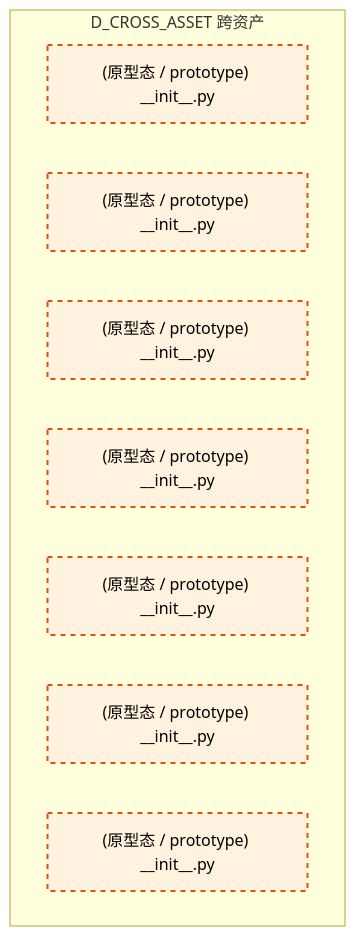
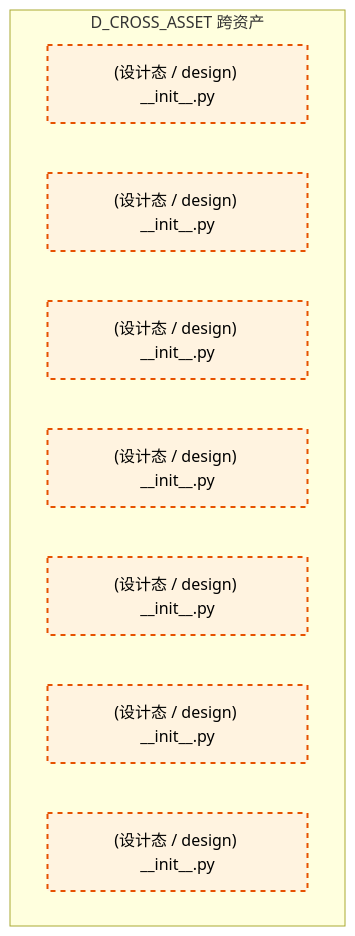
The third of 3 diagrams in docs/02_enterprise_architecture/02_domain_architecture_docs/31_d_cross_asset.md (xuanFelixVan/ZephyrAlpha), drawn with Mermaid before and after one commit. The commit also changed other lines of this file and 177 other files, not shown here.

````diff
--- a/docs/02_enterprise_architecture/02_domain_architecture_docs/31_d_cross_asset.md
+++ b/docs/02_enterprise_architecture/02_domain_architecture_docs/31_d_cross_asset.md
@@ -115,17 +114,17 @@
 ```mermaid
 graph TD
     subgraph D_CROSS_ASSET["D_CROSS_ASSET 跨资产"]
-        src_zephyr_cross_asset_init_py["(原型态 / prototype) __init__.py"]
-        src_zephyr_cross_asset_extensions_init_py["(原型态 / prototype) __init__.py"]
-        src_zephyr_cross_asset_api_init_py["(原型态 / prototype) __init__.py"]
-        src_zephyr_cross_asset_core_init_py["(原型态 / prototype) __init__.py"]
-        src_zephyr_cross_asset_infrastructure_init_py["(原型态 / prototype) __init__.py"]
-        src_zephyr_cross_asset_models_init_py["(原型态 / prototype) __init__.py"]
-        src_zephyr_cross_asset_services_init_py["(原型态 / prototype) __init__.py"]
+        src_zephyr_cross_asset_init_py["(设计态 / design) __init__.py"]
+        src_zephyr_cross_asset_extensions_init_py["(设计态 / design) __init__.py"]
+        src_zephyr_cross_asset_api_init_py["(设计态 / design) __init__.py"]
+        src_zephyr_cross_asset_core_init_py["(设计态 / design) __init__.py"]
+        src_zephyr_cross_asset_infrastructure_init_py["(设计态 / design) __init__.py"]
+        src_zephyr_cross_asset_models_init_py["(设计态 / design) __init__.py"]
+        src_zephyr_cross_asset_services_init_py["(设计态 / design) __init__.py"]
     end
     classDef production fill:#e1f5fe,stroke:#01579b,stroke-width:2px,color:#000
     classDef design fill:#fff3e0,stroke:#e65100,stroke-width:2px,color:#000,stroke-dasharray: 5 5
     classDef external_prod fill:#e8f5e9,stroke:#1b5e20,stroke-width:1px,color:#000
     classDef external_design fill:#fce4ec,stroke:#880e4f,stroke-width:1px,color:#000,stroke-dasharray: 5 5
     class src_zephyr_cross_asset_init_py,src_zephyr_cross_asset_extensions_init_py,src_zephyr_cross_asset_api_init_py,src_zephyr_cross_asset_core_init_py,src_zephyr_cross_asset_infrastructure_init_py,src_zephyr_cross_asset_models_init_py,src_zephyr_cross_asset_services_init_py design
 ```
````
